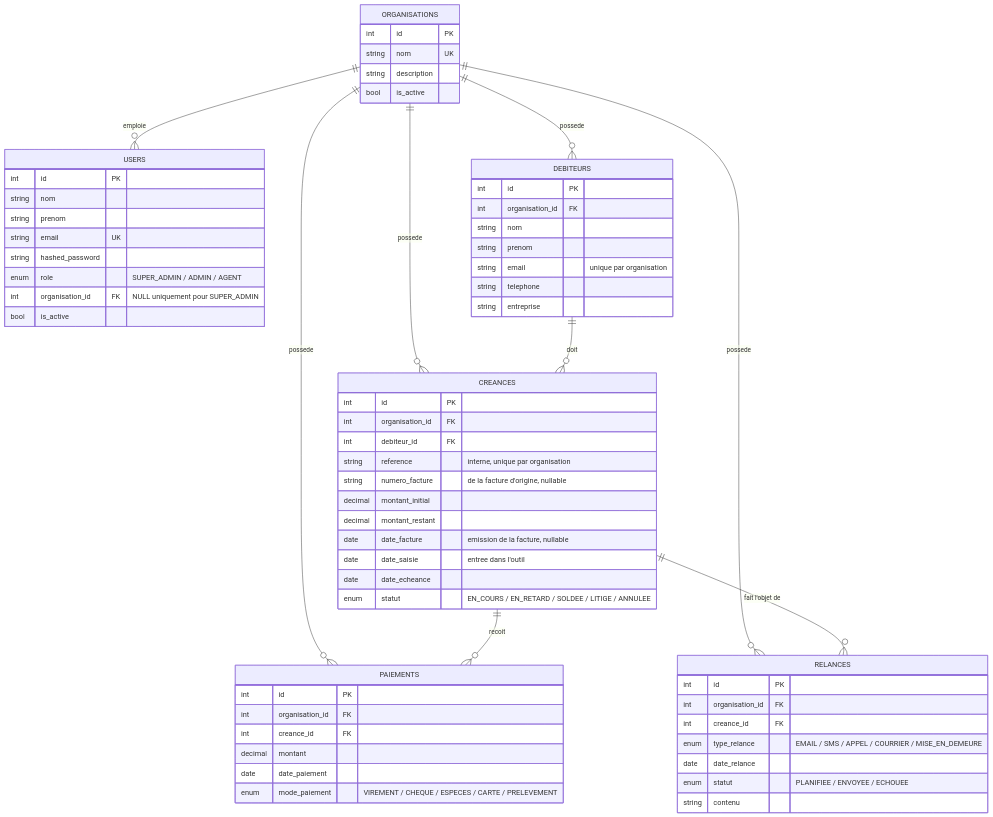
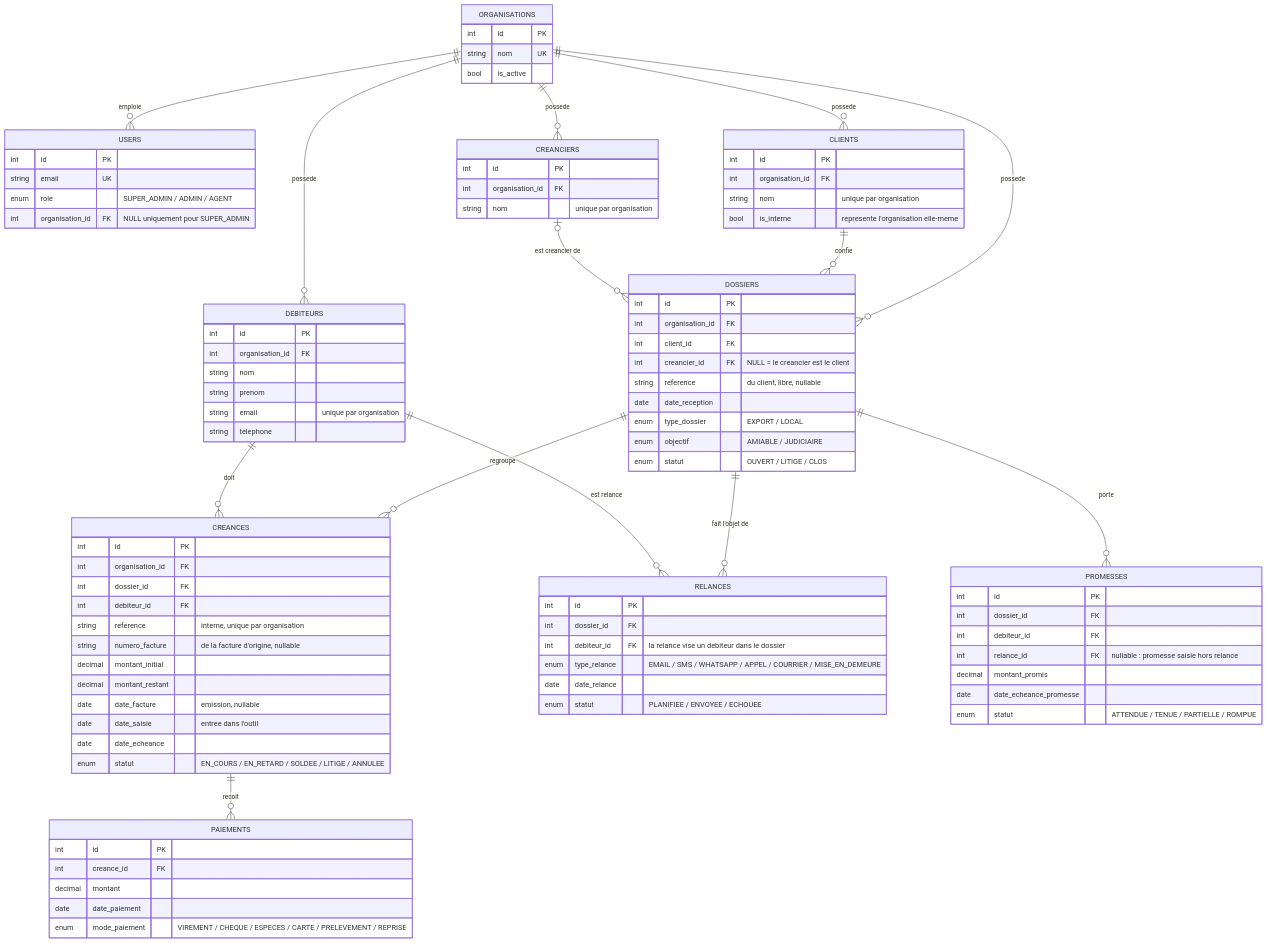
Before and after one commit to bambadij/backend_recouvrement: the fourth of 4 diagrams in README.md, drawn with Mermaid. The commit also changed other lines of this file and 52 other files, not shown here.

````diff
--- a/README.md
+++ b/README.md
@@ -240,29 +282,51 @@
 ```mermaid
 erDiagram
     ORGANISATIONS ||--o{ USERS : "emploie"
+    ORGANISATIONS ||--o{ CLIENTS : "possede"
+    ORGANISATIONS ||--o{ CREANCIERS : "possede"
+    ORGANISATIONS ||--o{ DOSSIERS : "possede"
     ORGANISATIONS ||--o{ DEBITEURS : "possede"
-    ORGANISATIONS ||--o{ CREANCES : "possede"
-    ORGANISATIONS ||--o{ PAIEMENTS : "possede"
-    ORGANISATIONS ||--o{ RELANCES : "possede"
+    CLIENTS ||--o{ DOSSIERS : "confie"
+    CREANCIERS |o--o{ DOSSIERS : "est creancier de"
+    DOSSIERS ||--o{ CREANCES : "regroupe"
     DEBITEURS ||--o{ CREANCES : "doit"
+    DOSSIERS ||--o{ RELANCES : "fait l'objet de"
+    DEBITEURS ||--o{ RELANCES : "est relance"
+    DOSSIERS ||--o{ PROMESSES : "porte"
     CREANCES ||--o{ PAIEMENTS : "recoit"
-    CREANCES ||--o{ RELANCES : "fait l'objet de"
 
     ORGANISATIONS {
         int id PK
         string nom UK
-        string description
         bool is_active
     }
     USERS {
         int id PK
-        string nom
-        string prenom
         string email UK
-        string hashed_password
         enum role "SUPER_ADMIN / ADMIN / AGENT"
         int organisation_id FK "NULL uniquement pour SUPER_ADMIN"
-        bool is_active
+    }
+    CLIENTS {
+        int id PK
+        int organisation_id FK
+        string nom "unique par organisation"
+        bool is_interne "represente l'organisation elle-meme"
+    }
+    CREANCIERS {
+        int id PK
+        int organisation_id FK
+        string nom "unique par organisation"
+    }
+    DOSSIERS {
+        int id PK
+        int organisation_id FK
+        int client_id FK
+        int creancier_id FK "NULL = le creancier est le client"
+        string reference "du client, libre, nullable"
+        date date_reception
+        enum type_dossier "EXPORT / LOCAL"
+        enum objectif "AMIABLE / JUDICIAIRE"
+        enum statut "OUVERT / LITIGE / CLOS"
     }
     DEBITEURS {
         int id PK
@@ -271,36 +335,43 @@
         string prenom
         string email "unique par organisation"
         string telephone
-        string entreprise
     }
     CREANCES {
         int id PK
         int organisation_id FK
+        int dossier_id FK
         int debiteur_id FK
         string reference "interne, unique par organisation"
         string numero_facture "de la facture d'origine, nullable"
         decimal montant_initial
         decimal montant_restant
-        date date_facture "emission de la facture, nullable"
+        date date_facture "emission, nullable"
         date date_saisie "entree dans l'outil"
         date date_echeance
         enum statut "EN_COURS / EN_RETARD / SOLDEE / LITIGE / ANNULEE"
     }
     PAIEMENTS {
         int id PK
-        int organisation_id FK
         int creance_id FK
         decimal montant
         date date_paiement
-        enum mode_paiement "VIREMENT / CHEQUE / ESPECES / CARTE / PRELEVEMENT"
+        enum mode_paiement "VIREMENT / CHEQUE / ESPECES / CARTE / PRELEVEMENT / REPRISE"
     }
     RELANCES {
         int id PK
-        int organisation_id FK
-        int creance_id FK
-        enum type_relance "EMAIL / SMS / APPEL / COURRIER / MISE_EN_DEMEURE"
+        int dossier_id FK
+        int debiteur_id FK "la relance vise un debiteur dans le dossier"
+        enum type_relance "EMAIL / SMS / WHATSAPP / APPEL / COURRIER / MISE_EN_DEMEURE"
         date date_relance
         enum statut "PLANIFIEE / ENVOYEE / ECHOUEE"
-        string contenu
+    }
+    PROMESSES {
+        int id PK
+        int dossier_id FK
+        int debiteur_id FK
+        int relance_id FK "nullable : promesse saisie hors relance"
+        decimal montant_promis
+        date date_echeance_promesse
+        enum statut "ATTENDUE / TENUE / PARTIELLE / ROMPUE"
     }
 ```
````
